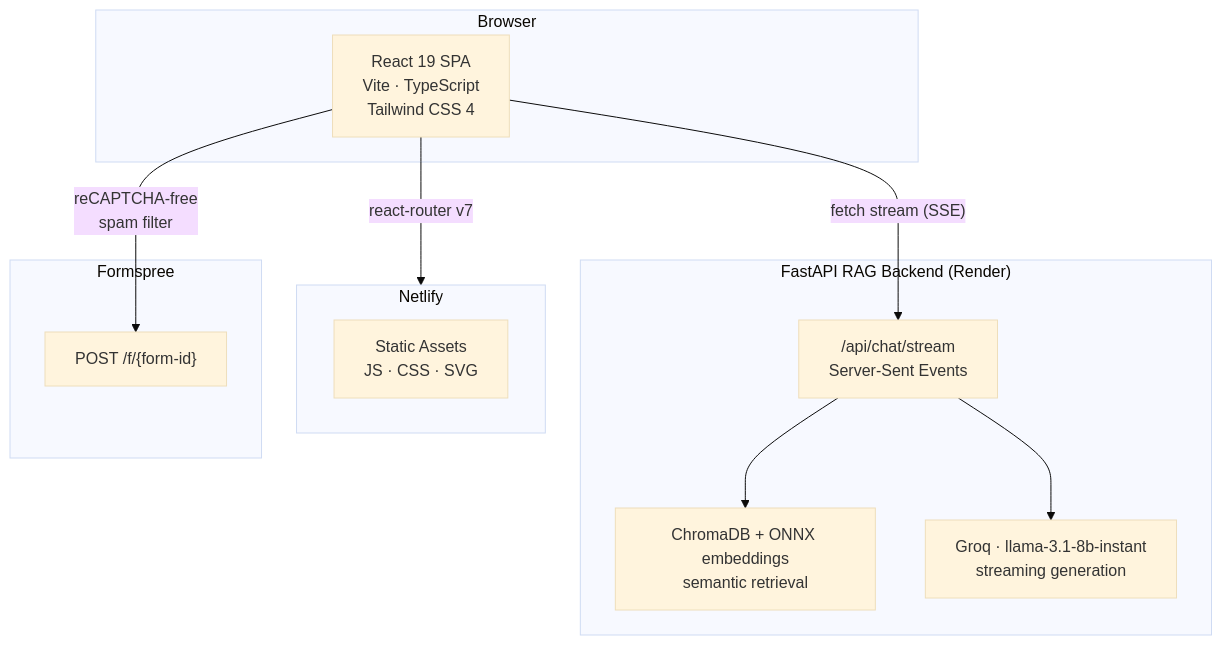
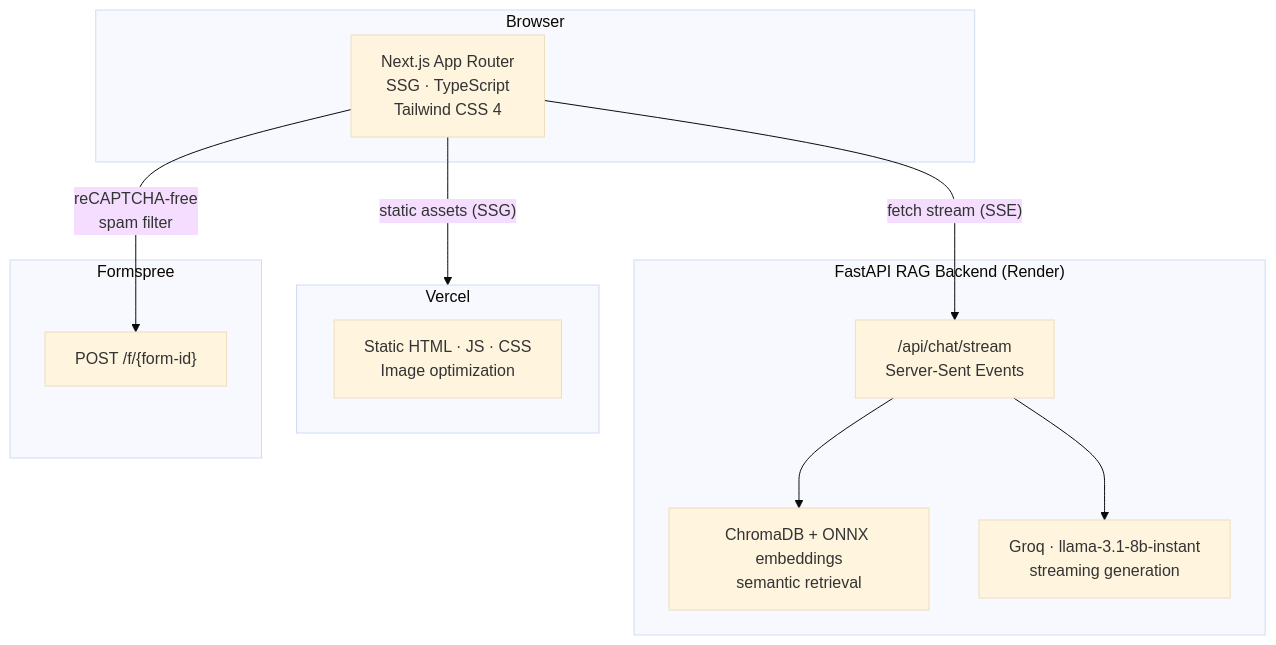
Before and after one commit to jdvalmart/portafolio-jdvalmart: the first of 3 diagrams in README.md, drawn with Mermaid (base theme). The commit also changed other lines of this file and 82 other files, not shown here.

First line of the commit message:
feat(frontend): migrate to Next.js App Router with SSG and SEO

````diff
--- a/README.md
+++ b/README.md
@@ -20,26 +20,26 @@
 ```mermaid
 graph TB
     subgraph Browser["Browser"]
-        SPA["React 19 SPA<br/>Vite · TypeScript<br/>Tailwind CSS 4"]
+        SPA["Next.js App Router<br/>SSG · TypeScript<br/>Tailwind CSS 4"]
     end
 
-    subgraph CDN["Netlify"]
-        Assets["Static Assets<br/>JS · CSS · SVG"]
+    subgraph CDN["Vercel"]
+        Assets["Static HTML · JS · CSS<br/>Image optimization"]
     end
 
     subgraph Backend["FastAPI RAG Backend (Render)"]
         ChatAPI["/api/chat/stream<br/>Server-Sent Events"]
         Vector["ChromaDB + ONNX embeddings<br/>semantic retrieval"]
         Groq["Groq · llama-3.1-8b-instant<br/>streaming generation"]
     end
 
     subgraph Contact["Formspree"]
         FormAPI["POST /f/{form-id}"]
     end
 
-    SPA -->|"react-router v7"| CDN
+    SPA -->|"static assets (SSG)"| CDN
     SPA -->|"fetch stream (SSE)"| ChatAPI
     ChatAPI --> Vector
     ChatAPI --> Groq
     SPA -->|"reCAPTCHA-free<br/>spam filter"| FormAPI
 ```
````
